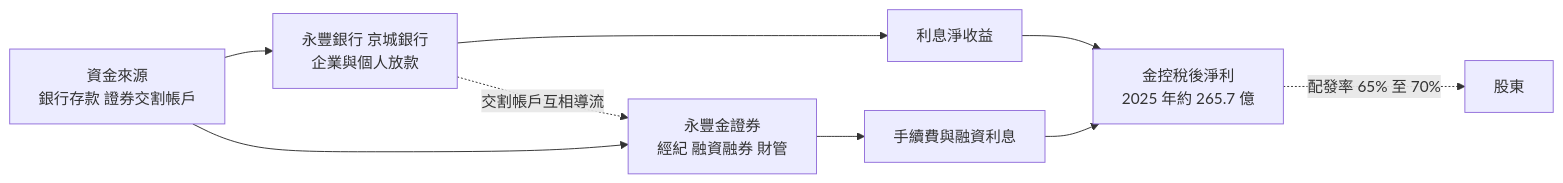
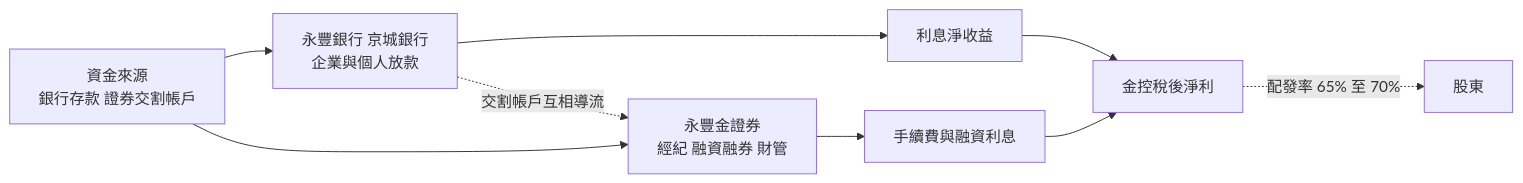
The second of 4 diagrams in 個股/台股/2890永豐金.md (wangnick1004/taiwan-stock-vault), drawn with Mermaid before and after one commit. The commit also changed other lines of this file and 7 other files, not shown here.

````diff
--- a/個股/台股/2890永豐金.md
+++ b/個股/台股/2890永豐金.md
@@ -67,11 +69,11 @@
 ```mermaid
 flowchart LR
     A["資金來源<br/>銀行存款 證券交割帳戶"] --> B["永豐銀行 京城銀行<br/>企業與個人放款"]
     A --> C["永豐金證券<br/>經紀 融資融券 財管"]
     B --> D[利息淨收益]
     C --> E[手續費與融資利息]
     B -. 交割帳戶互相導流 .-> C
-    D --> F["金控稅後淨利<br/>2025 年約 265.7 億"]
+    D --> F[金控稅後淨利]
     E --> F
     F -. 配發率 65% 至 70% .-> G[股東]
 ```
````
